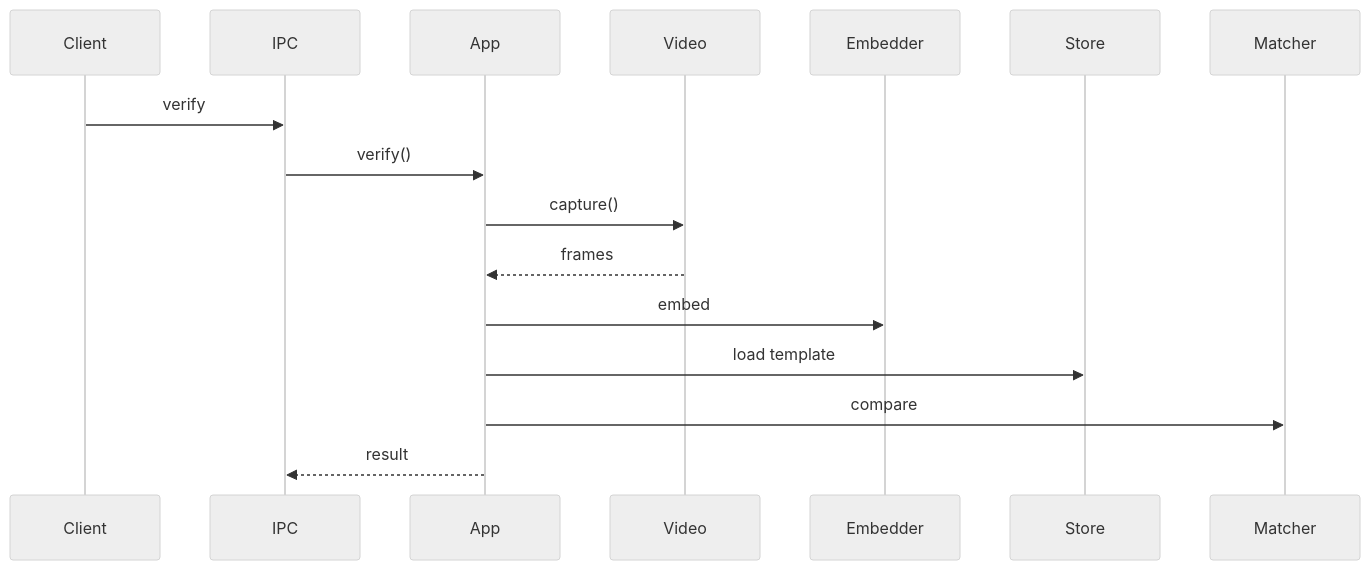
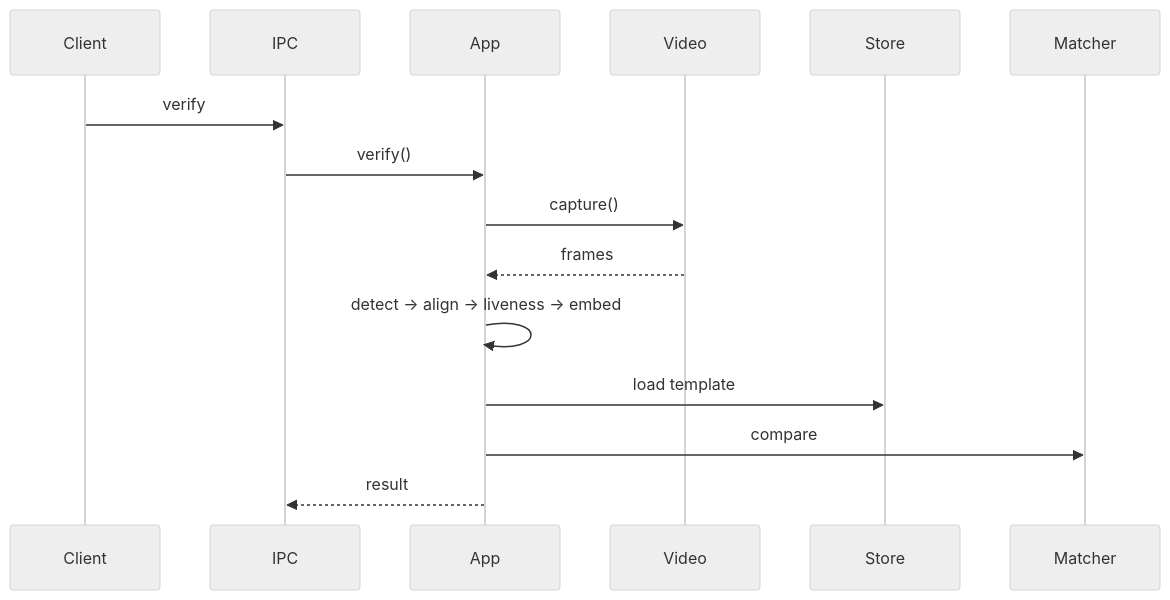
One commit to adilsaid64/trueid changed the second of 2 diagrams in docs/architecture.md. Above: the diagram before and after it, drawn with Mermaid (neutral theme). The commit also changed other lines of this file and 2 other files, not shown here.

````diff
--- a/docs/architecture.md
+++ b/docs/architecture.md
@@ -81,14 +94,14 @@
 ```mermaid
 sequenceDiagram
     Client->>IPC: verify
     IPC->>App: verify()
 
     App->>Video: capture()
     Video-->>App: frames
 
-    App->>Embedder: embed
+    App->>App: detect → align → liveness → embed
     App->>Store: load template
     App->>Matcher: compare
 
     App-->>IPC: result
 ```
````
